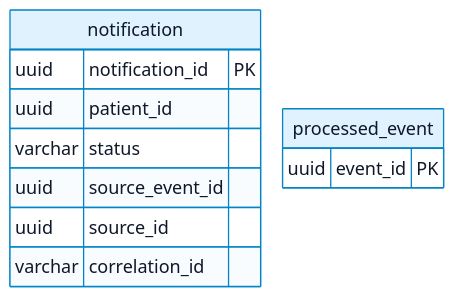
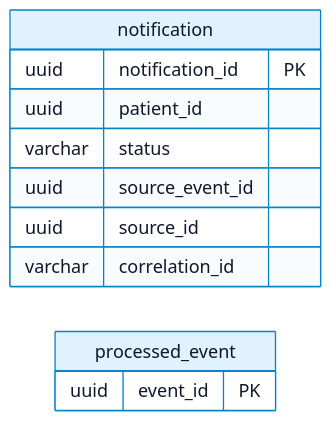
The diagram in docs/monitor_proj_progress/02-giai-doan-2-thiet-ke-giao-dien-tieu-chuan/review-2/word-compact/landscape/mermaid/21-vi.mmd (Dangvinh77/MediFlow), drawn with Mermaid before and after one commit. The commit also changed 593 other files, not shown here.

Commit message:
docs(review2): fix Word diagram exports and orientation layouts

```diff
--- a/docs/monitor_proj_progress/02-giai-doan-2-thiet-ke-giao-dien-tieu-chuan/review-2/word-compact/landscape/mermaid/21-vi.mmd
+++ b/docs/monitor_proj_progress/02-giai-doan-2-thiet-ke-giao-dien-tieu-chuan/review-2/word-compact/landscape/mermaid/21-vi.mmd
@@ -1,14 +1,16 @@
-%%{init: {"theme": "base", "securityLevel": "loose", "fontFamily": "Arial, sans-serif", "themeVariables": {"primaryColor": "#e0f2fe", "primaryTextColor": "#0f172a", "primaryBorderColor": "#0284c7", "lineColor": "#475569", "secondaryColor": "#ccfbf1", "tertiaryColor": "#f1f5f9", "background": "#ffffff", "mainBkg": "#e0f2fe", "nodeBorder": "#0284c7", "clusterBkg": "#f8fafc", "clusterBorder": "#94a3b8", "actorBkg": "#e0f2fe", "actorBorder": "#0284c7", "actorTextColor": "#0f172a", "signalColor": "#475569", "signalTextColor": "#0f172a", "labelBoxBkgColor": "#f1f5f9", "labelBoxBorderColor": "#94a3b8", "activationBkgColor": "#ccfbf1", "activationBorderColor": "#0f766e", "sequenceNumberColor": "#ffffff", "attributeBackgroundColorOdd": "#ffffff", "attributeBackgroundColorEven": "#f0f9ff", "fontSize": "18px"}, "flowchart": {"htmlLabels": true, "curve": "basis", "nodeSpacing": 16, "rankSpacing": 28, "padding": 8, "diagramPadding": 8, "wrappingWidth": 420}, "sequence": {"useMaxWidth": true, "wrap": true, "actorMargin": 22, "width": 125, "height": 45, "boxMargin": 6, "boxTextMargin": 4, "noteMargin": 7, "messageMargin": 20, "diagramMarginX": 8, "diagramMarginY": 8, "mirrorActors": false, "actorFontSize": 17, "messageFontSize": 16, "noteFontSize": 15, "wrapPadding": 6}, "er": {"useMaxWidth": true, "nodeSpacing": 22, "rankSpacing": 30, "diagramPadding": 8, "entityPadding": 10, "fontSize": 17}, "themeCSS": ".nodeLabel img { display:inline-block!important; width:28px!important; height:28px!important; vertical-align:middle!important; } .nodeLabel p { margin:0; }", "class": {"diagramPadding": 8, "nodeSpacing": 20, "rankSpacing": 30}}}%%
+%%{init: {"theme": "base", "securityLevel": "loose", "fontFamily": "Arial, sans-serif", "themeVariables": {"primaryColor": "#e0f2fe", "primaryTextColor": "#0f172a", "primaryBorderColor": "#0284c7", "lineColor": "#475569", "secondaryColor": "#ccfbf1", "tertiaryColor": "#f1f5f9", "background": "#ffffff", "mainBkg": "#e0f2fe", "nodeBorder": "#0284c7", "clusterBkg": "#f8fafc", "clusterBorder": "#94a3b8", "actorBkg": "#e0f2fe", "actorBorder": "#0284c7", "actorTextColor": "#0f172a", "signalColor": "#475569", "signalTextColor": "#0f172a", "labelBoxBkgColor": "#f1f5f9", "labelBoxBorderColor": "#94a3b8", "activationBkgColor": "#ccfbf1", "activationBorderColor": "#0f766e", "sequenceNumberColor": "#ffffff", "attributeBackgroundColorOdd": "#ffffff", "attributeBackgroundColorEven": "#f0f9ff", "fontSize": "18px"}, "flowchart": {"htmlLabels": true, "curve": "basis", "nodeSpacing": 36, "rankSpacing": 48, "padding": 12, "diagramPadding": 24, "wrappingWidth": 420, "subGraphTitleMargin": {"top": 10, "bottom": 32}}, "sequence": {"useMaxWidth": true, "wrap": true, "actorMargin": 65, "width": 210, "height": 55, "boxMargin": 14, "boxTextMargin": 8, "noteMargin": 16, "messageMargin": 24, "diagramMarginX": 24, "diagramMarginY": 24, "mirrorActors": true, "actorFontSize": 17, "messageFontSize": 16, "noteFontSize": 16, "wrapPadding": 10}, "er": {"useMaxWidth": true, "nodeSpacing": 45, "rankSpacing": 55, "diagramPadding": 24, "entityPadding": 10, "fontSize": 17}, "themeCSS": ".nodeLabel img { display:inline-block!important; width:28px!important; height:28px!important; vertical-align:middle!important; } .nodeLabel p { margin:0; }", "class": {"diagramPadding": 24, "nodeSpacing": 32, "rankSpacing": 45}}}%%
 erDiagram
- direction TB
+ direction LR
  notification {
   uuid notification_id PK
   uuid patient_id
   varchar status
   uuid source_event_id
   uuid source_id
   varchar correlation_id
  }
  processed_event {
   uuid event_id PK
  }
+
+%% Word entity-grid columns: 2
```
